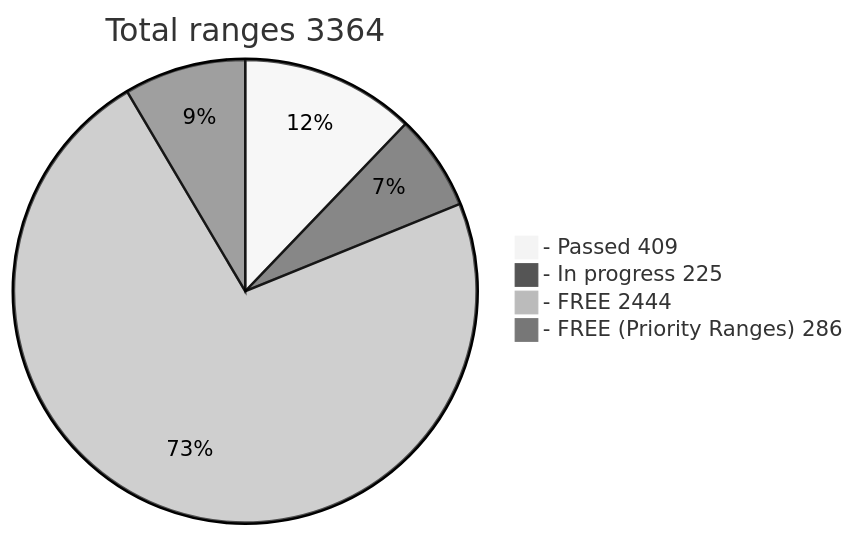
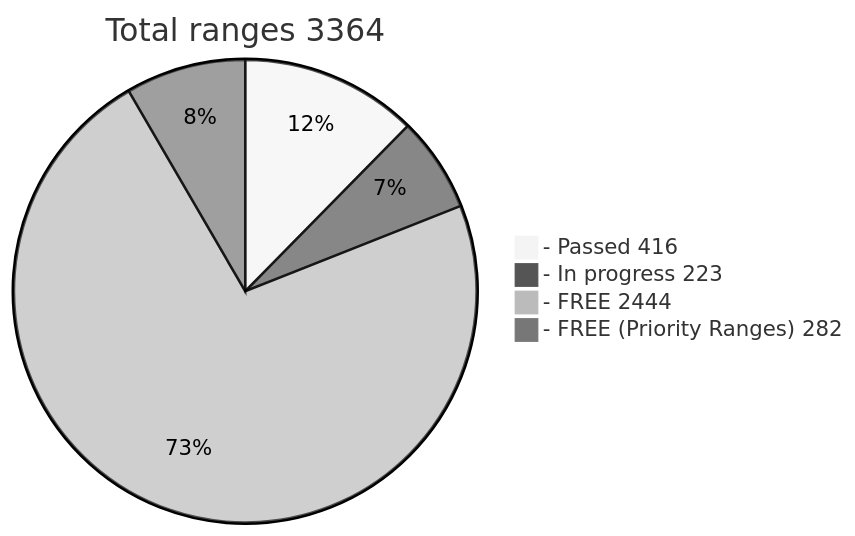
Before and after one commit to phrutis/wif500: the diagram in README.md, drawn with Mermaid (neutral theme).

````diff
--- a/README.md
+++ b/README.md
@@ -16,7 +16,7 @@
 ```mermaid
 pie title Total ranges 3364
-  "- Passed 409" : 409
-  "- In progress 225" : 225
-  "- FREE 2444" : 2444
-  "- FREE (Priority Ranges) 286" : 286
+  "- Passed 416" : 416
+  "- In progress 223" : 223
+  "- FREE 2444" : 2443
+  "- FREE (Priority Ranges) 282" : 282
 ```
````
